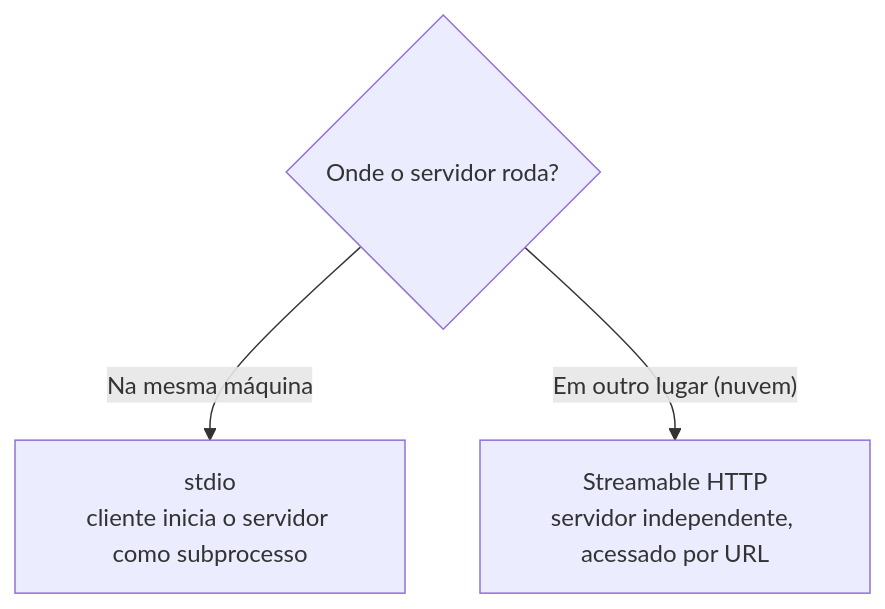
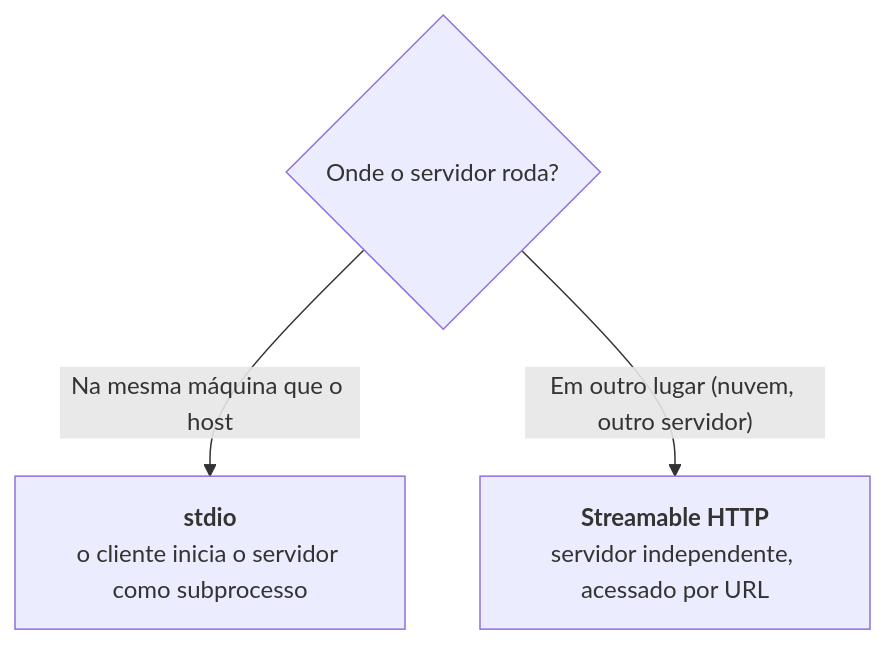
Before and after one commit to FloraRosaPupo/mcp-estudos: the first of 5 diagrams in notas/02-transportes.md, drawn with Mermaid. The commit also changed other lines of this file and 11 other files, not shown here.

````diff
--- a/notas/02-transportes.md
+++ b/notas/02-transportes.md
@@ -5,5 +7,6 @@
 ```mermaid
 flowchart TD
-    Q{Onde o servidor roda?} -- "Na mesma máquina" --> STDIO["stdio<br/>cliente inicia o servidor como subprocesso"]
-    Q -- "Em outro lugar (nuvem)" --> HTTP["Streamable HTTP<br/>servidor independente, acessado por URL"]
+    Q{Onde o servidor roda?}
+    Q -- "Na mesma máquina que o host" --> STDIO["<b>stdio</b><br/>o cliente inicia o servidor como subprocesso"]
+    Q -- "Em outro lugar (nuvem, outro servidor)" --> HTTP["<b>Streamable HTTP</b><br/>servidor independente, acessado por URL"]
 ```
````
